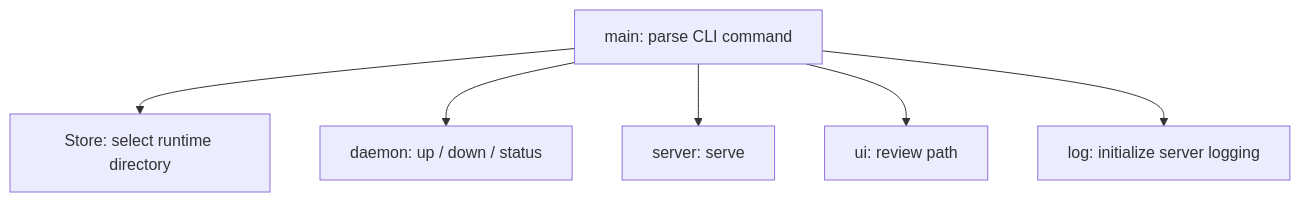
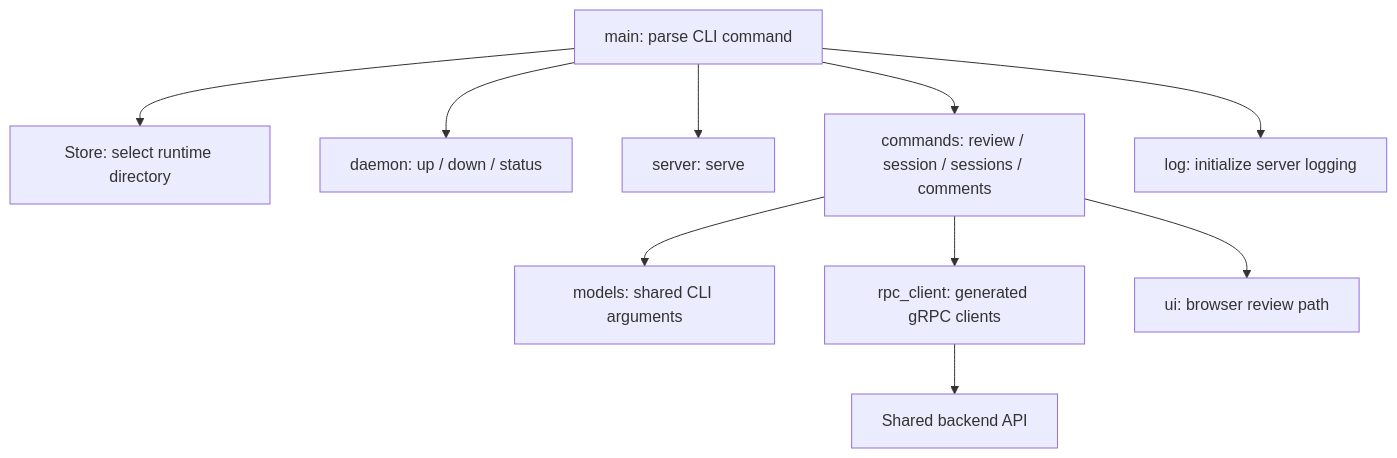
The first of 3 diagrams in docs/architecture/cli/index.md (difflab-io/lgtm), drawn with Mermaid before and after one commit. The commit also changed other lines of this file and 105 other files, not shown here.

````diff
--- a/docs/architecture/cli/index.md
+++ b/docs/architecture/cli/index.md
@@ -47,8 +50,12 @@
 ```mermaid
 flowchart TD
     MAIN["main: parse CLI command"] --> STORE["Store: select runtime directory"]
     MAIN --> DAEMON["daemon: up / down / status"]
     MAIN --> SERVER["server: serve"]
-    MAIN --> UI["ui: review path"]
+    MAIN --> COMMANDS["commands: review / session / sessions / comments"]
+    COMMANDS --> MODELS["models: shared CLI arguments"]
+    COMMANDS --> CLIENT["rpc_client: generated gRPC clients"]
+    COMMANDS --> UI["ui: browser review path"]
+    CLIENT --> BACKEND["Shared backend API"]
     MAIN --> LOG["log: initialize server logging"]
 ```
````
